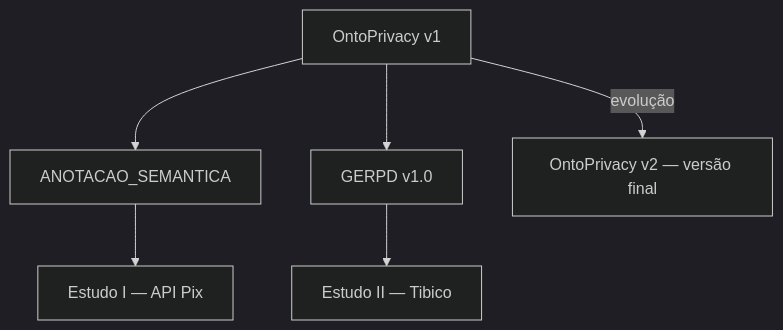
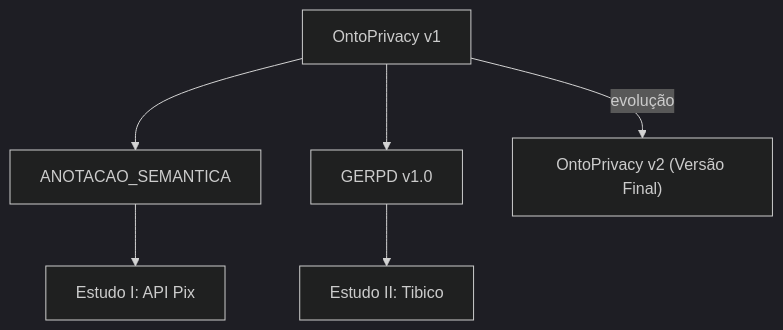
The third of 3 diagrams in ONTOPRIVACY/README.md (TNK443/Dissertacao), drawn with Mermaid (dark theme) before and after one commit. The commit also changed other lines of this file, not shown here.

````diff
--- a/ONTOPRIVACY/README.md
+++ b/ONTOPRIVACY/README.md
@@ -201,8 +267,8 @@
 ```mermaid
 flowchart TD
     V1["OntoPrivacy v1"] --> AS["ANOTACAO_SEMANTICA"]
     V1 --> GERPD["GERPD v1.0"]
-    AS --> EI["Estudo I — API Pix"]
-    GERPD --> EII["Estudo II — Tibico"]
-    V1 -->|evolução| V2["OntoPrivacy v2 — versão final"]
+    AS --> EI["Estudo I: API Pix"]
+    GERPD --> EII["Estudo II: Tibico"]
+    V1 -->|evolução| V2["OntoPrivacy v2 (Versão Final)"]
 ```
````
